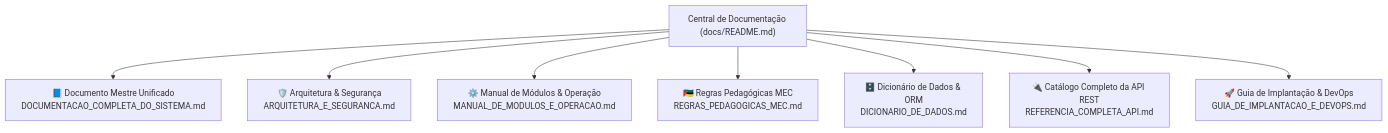
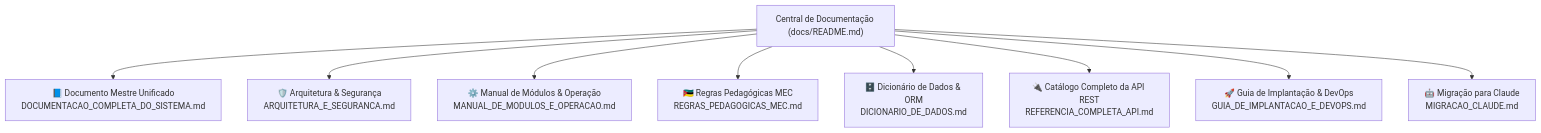
Before and after one commit to mandamulefernandojose18-max/SIGE-Sistema-Integrado-de-Gest-o-Escolar: the diagram in docs/README.md, drawn with Mermaid. The commit also changed other lines of this file and 10 other files, not shown here.

````diff
--- a/docs/README.md
+++ b/docs/README.md
@@ -12,20 +12,22 @@
 ```mermaid
 flowchart TD
     Hub["Central de Documentação (docs/README.md)"]
     
     Master["📘 Documento Mestre Unificado<br>DOCUMENTACAO_COMPLETA_DO_SISTEMA.md"]
     Arq["🛡️ Arquitetura & Segurança<br>ARQUITETURA_E_SEGURANCA.md"]
     Modulos["⚙️ Manual de Módulos & Operação<br>MANUAL_DE_MODULOS_E_OPERACAO.md"]
     Mec["🇲🇿 Regras Pedagógicas MEC<br>REGRAS_PEDAGOGICAS_MEC.md"]
     Dados["🗄️ Dicionário de Dados & ORM<br>DICIONARIO_DE_DADOS.md"]
     Api["🔌 Catálogo Completo da API REST<br>REFERENCIA_COMPLETA_API.md"]
     DevOps["🚀 Guia de Implantação & DevOps<br>GUIA_DE_IMPLANTACAO_E_DEVOPS.md"]
+    Claude["🤖 Migração para Claude<br>MIGRACAO_CLAUDE.md"]
 
     Hub --> Master
     Hub --> Arq
     Hub --> Modulos
     Hub --> Mec
     Hub --> Dados
     Hub --> Api
     Hub --> DevOps
+    Hub --> Claude
 ```
````
